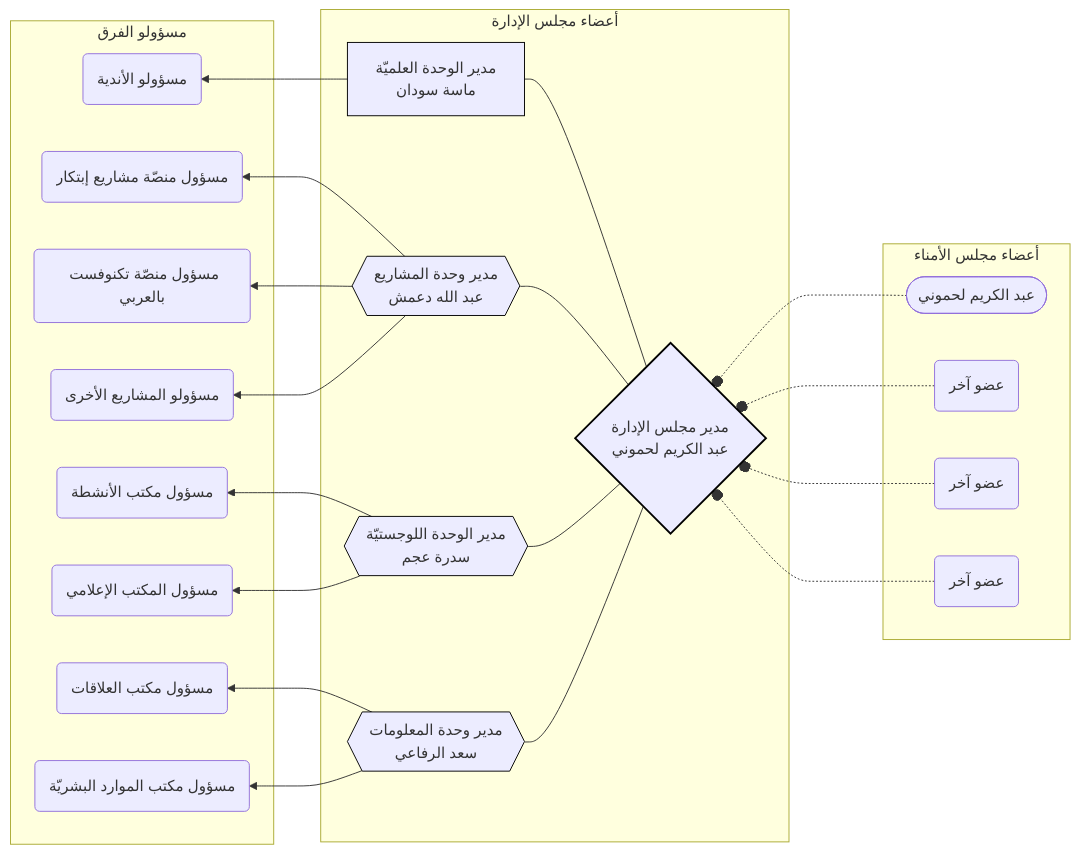
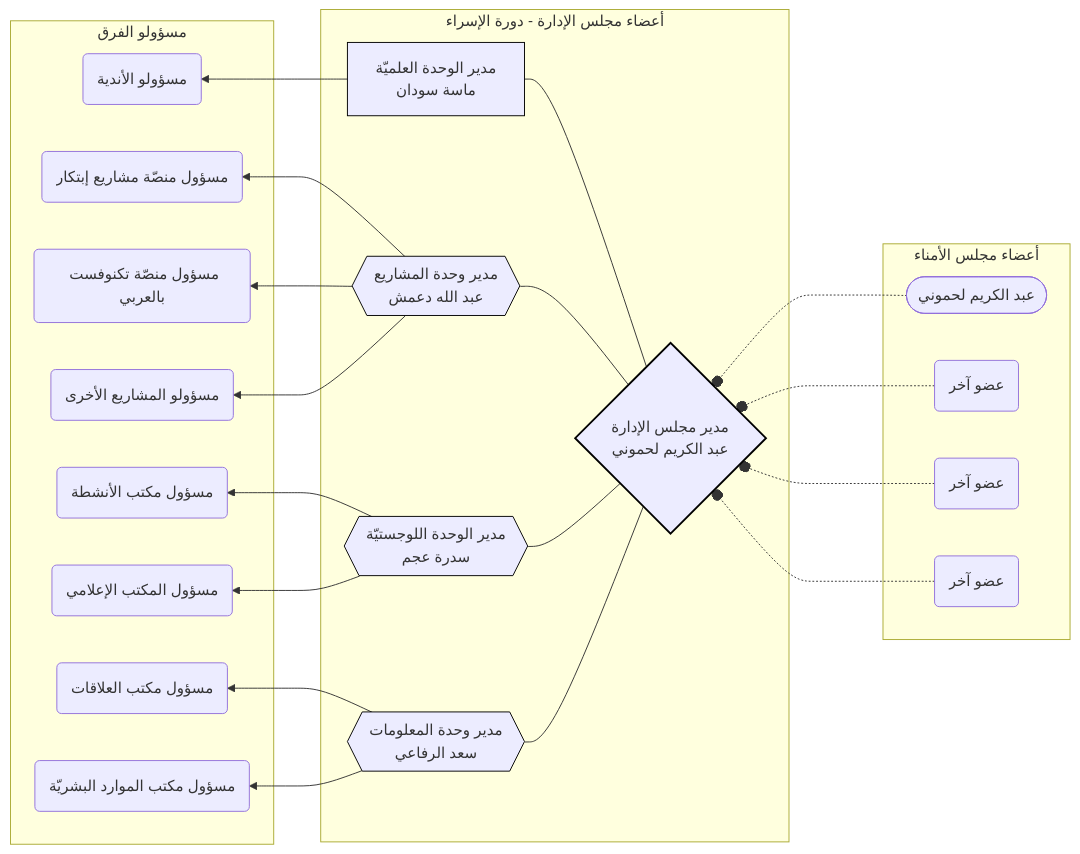
Before and after one commit to cankanalbir/system1: the first of 14 diagrams in x.md, drawn with Mermaid.

````diff
--- a/x.md
+++ b/x.md
@@ -1,40 +1,40 @@
 ``` mermaid
 flowchart RL
 
 subgraph 0 [أعضاء مجلس الأمناء]
 BOT0([عبد الكريم لحموني])
 BOT1(عضو آخر)
 BOT2(عضو آخر)
 BOT3(عضو آخر)
 end
 
 BOT0 & BOT1 & BOT2 & BOT3 -..-o BOD{مدير مجلس الإدارة <br> عبد الكريم لحموني}
 
 style BOD stroke:black,stroke-width:2px
 
-subgraph 1 [أعضاء مجلس الإدارة]
+subgraph 1 [أعضاء مجلس الإدارة - دورة الإسراء]
 BOD --- scientific[ مدير الوحدة العلميّة <br> ماسة سودان ]
 BOD --- projects{{مدير وحدة المشاريع <br> عبد الله دعمش }}
 BOD --- logistics{{مدير الوحدة اللوجستيّة <br> سدرة عجم }}
 BOD --- information{{مدير وحدة المعلومات <br> سعد الرفاعي }}
 end
 
 style scientific stroke:black
 style projects stroke:black
 style logistics stroke:black
 style information stroke:black
 
 subgraph 2 [مسؤولو الفرق]
 scientific --> s1(مسؤولو الأندية)
 
 projects --> p1(مسؤول منصّة مشاريع إبتكار)
 projects --> p3(مسؤول منصّة تكنوفست بالعربي)
 projects --> p2(مسؤولو المشاريع الأخرى)
 
 logistics --> l1(مسؤول مكتب الأنشطة)
 logistics --> l2(مسؤول المكتب الإعلامي)
 
 information --> i1(مسؤول مكتب العلاقات)
 information --> i2(مسؤول مكتب الموارد البشريّة)
 end
 ```
````
